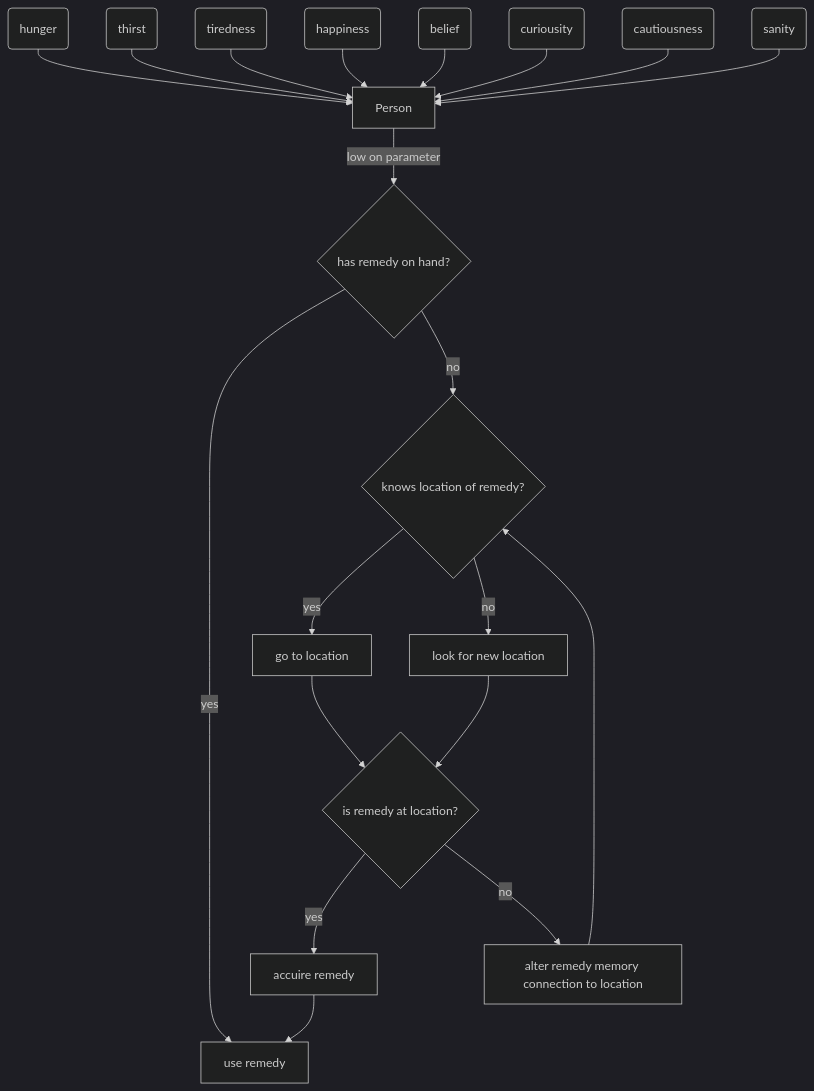
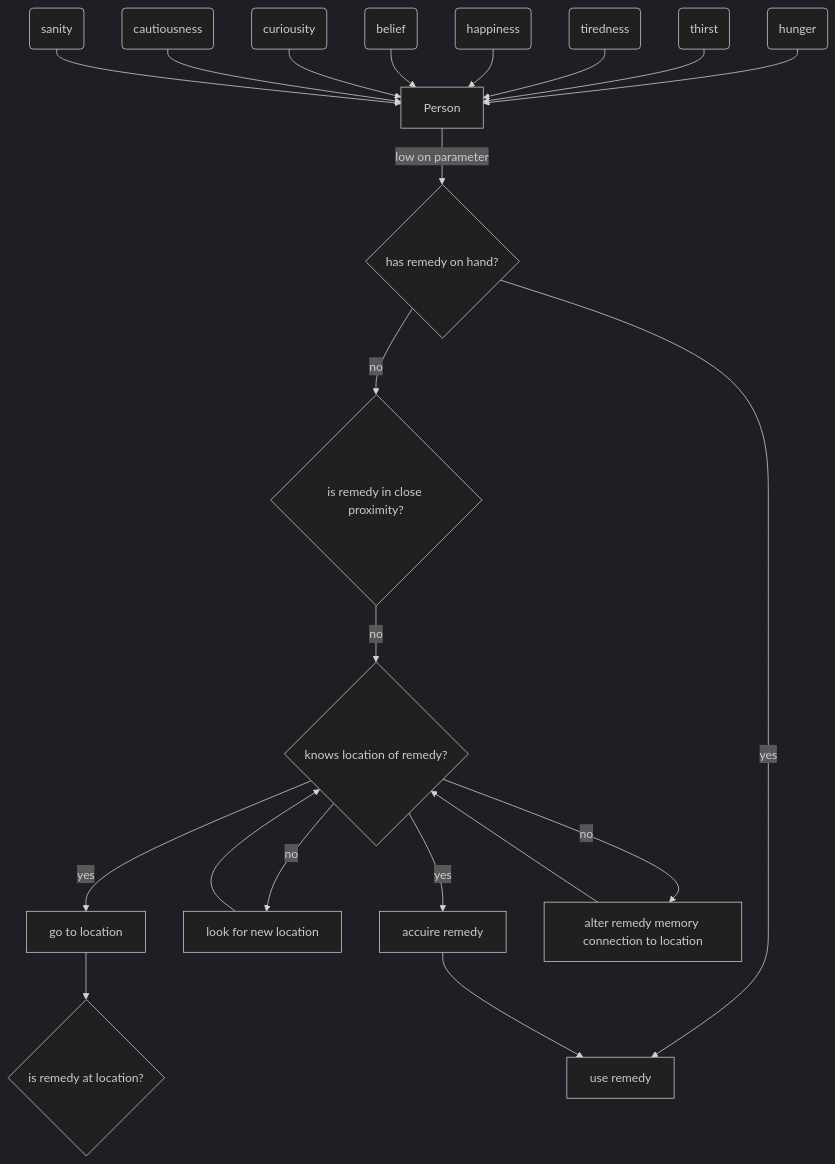
The first of 2 diagrams in README.md (kire97/city_lator), drawn with Mermaid (dark theme) before and after one commit. The commit also changed other lines of this file, not shown here.

Commit message:
udpdate graphs

````diff
--- a/README.md
+++ b/README.md
@@ -27,27 +27,28 @@
 ```mermaid
 graph TD
     P[Person]
     p1(hunger)-->P
     p2(thirst)-->P
     p3(tiredness)-->P
     p4(happiness)-->P
     p5(belief)-->P
     p6(curiousity)-->P
     p7(cautiousness)-->P
     p8(sanity)-->P
 
     P--low on parameter-->o1{has remedy on hand?}
-    
+    o1--no -->o2{is remedy in close proximity?}
+
     o1--yes -->a1[use remedy]
     
-    o1--no -->o2{knows location of remedy?}
-    o2--yes -->a2[go to location]
-    o2--no -->a4[look for new location]
+    o2--no -->o3{knows location of remedy?}
+    o3--yes -->a2[go to location]
+    o3--no -->a4[look for new location]
     a4-->o3
 
-    a2-->o3{is remedy at location?}
+    a2-->o4{is remedy at location?}
     o3--yes -->a3[accuire remedy]
     o3--no -->a5[alter remedy memory connection to location]
-    a5-->o2
+    a5-->o3
     a3-->a1
 ```
````
